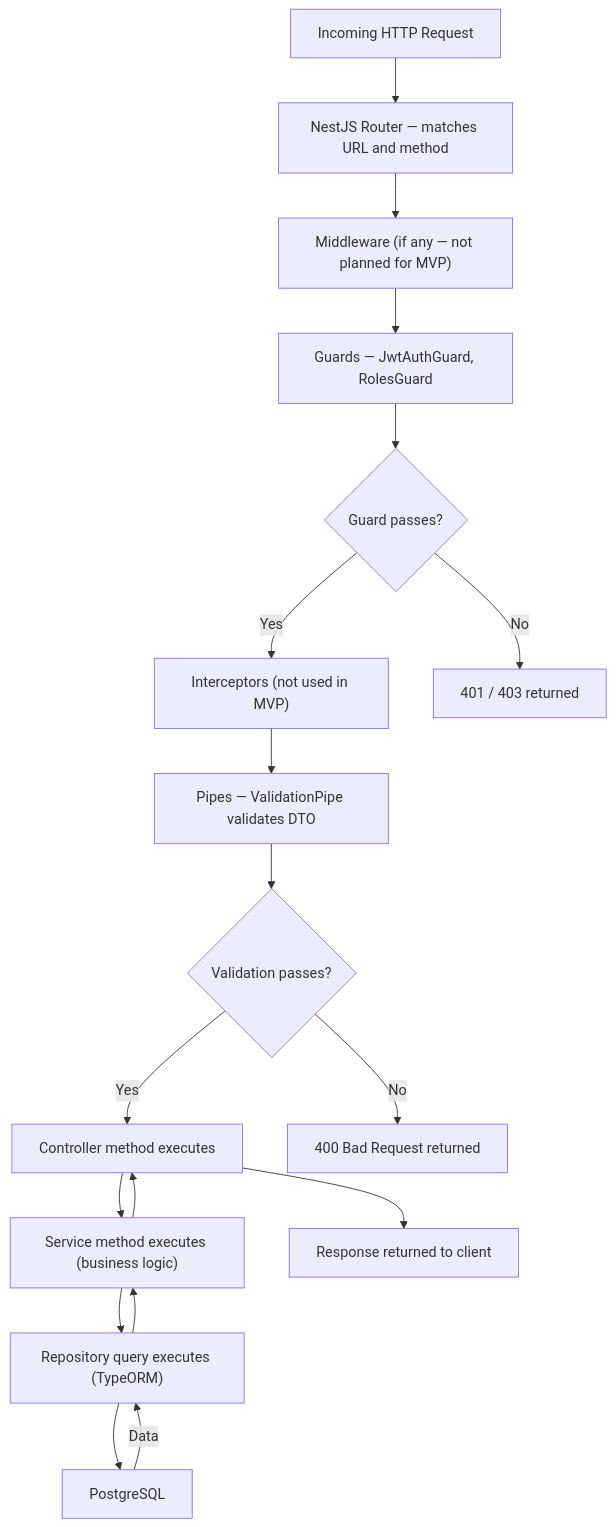
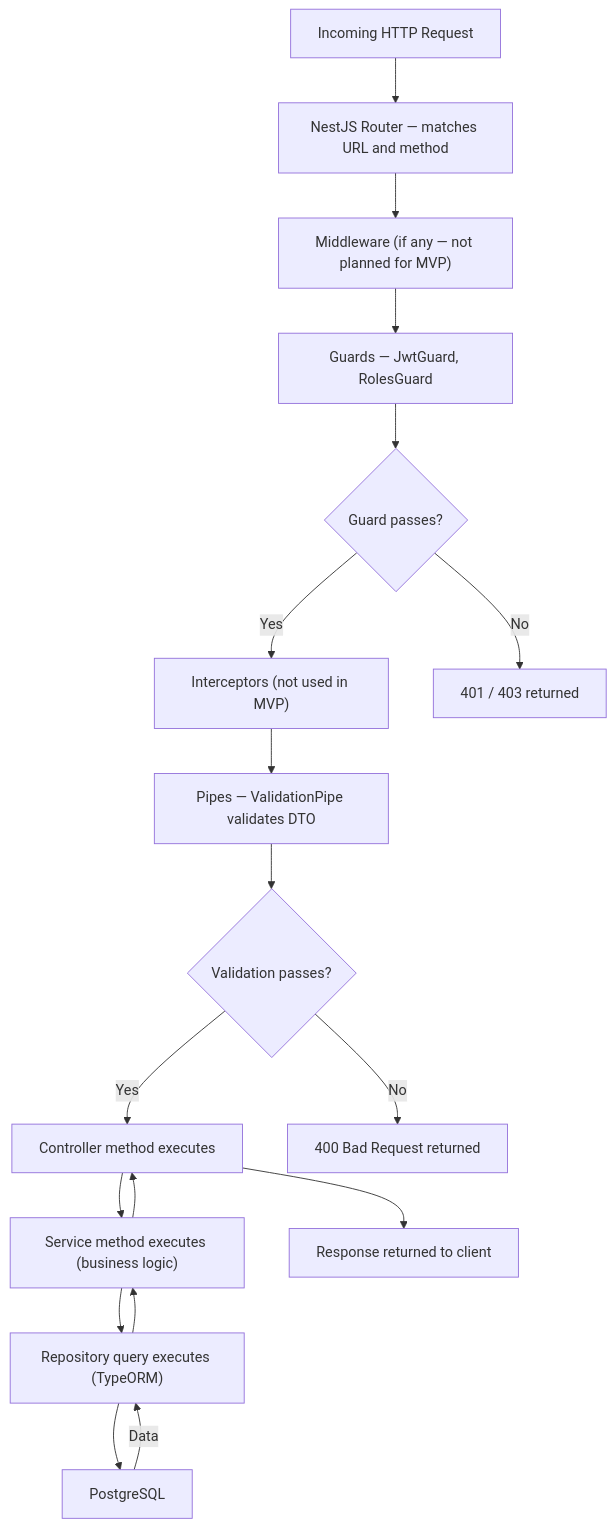
One commit to arafathossenapon/ChaBondhu changed the fifth of 5 diagrams in docs/architecture.md. Above: the diagram before and after it, drawn with Mermaid. The commit also changed other lines of this file and 1 other file, not shown here.

````diff
--- a/docs/architecture.md
+++ b/docs/architecture.md
@@ -393,25 +393,25 @@
 ```mermaid
 flowchart TD
     A["Incoming HTTP Request"]
     B["NestJS Router — matches URL and method"]
     C["Middleware (if any — not planned for MVP)"]
-    D["Guards — JwtAuthGuard, RolesGuard"]
+    D["Guards — JwtGuard, RolesGuard"]
     E{"Guard passes?"}
     F["Interceptors (not used in MVP)"]
     G["Pipes — ValidationPipe validates DTO"]
     H{"Validation passes?"}
     I["Controller method executes"]
     J["Service method executes (business logic)"]
     K["Repository query executes (TypeORM)"]
     L["PostgreSQL"]
     M["Response returned to client"]
     N["401 / 403 returned"]
     O["400 Bad Request returned"]
 
     A --> B --> C --> D --> E
     E -->|Yes| F --> G --> H
     E -->|No| N
     H -->|Yes| I --> J --> K --> L
     L -->|Data| K --> J --> I --> M
     H -->|No| O
 ```
````
